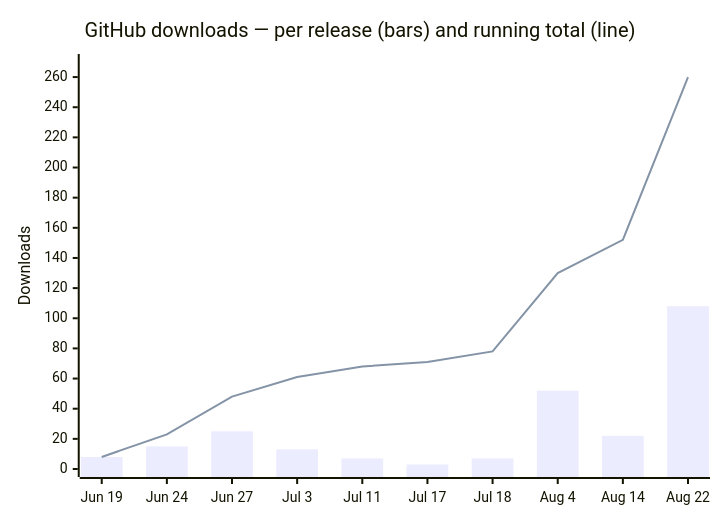
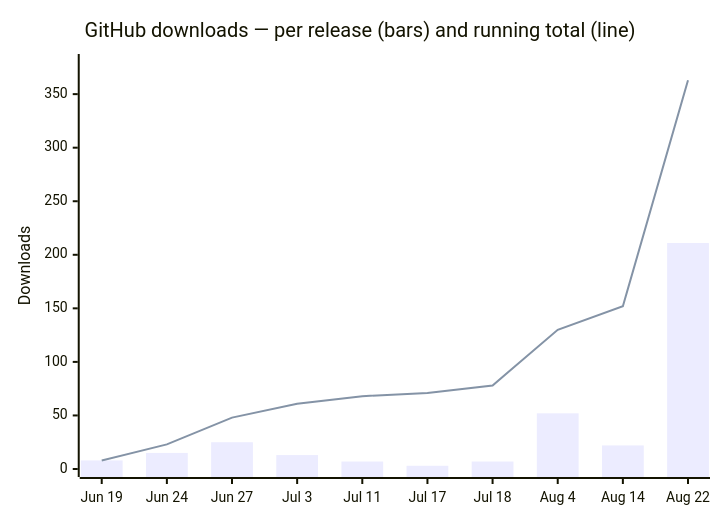
The diagram in README.md (0xabhilok/lockinra-site), drawn with Mermaid before and after one commit. The commit also changed other lines of this file, not shown here.

````diff
--- a/README.md
+++ b/README.md
@@ -21,8 +21,8 @@
 ```mermaid
 xychart-beta
     title "GitHub downloads — per release (bars) and running total (line)"
     x-axis ["Jun 19", "Jun 24", "Jun 27", "Jul 3", "Jul 11", "Jul 17", "Jul 18", "Aug 4", "Aug 14", "Aug 22"]
-    y-axis "Downloads" 0 --> 270
-    bar [8, 15, 25, 13, 7, 3, 7, 52, 22, 108]
-    line [8, 23, 48, 61, 68, 71, 78, 130, 152, 260]
+    y-axis "Downloads" 0 --> 380
+    bar [8, 15, 25, 13, 7, 3, 7, 52, 22, 211]
+    line [8, 23, 48, 61, 68, 71, 78, 130, 152, 363]
 ```
````
